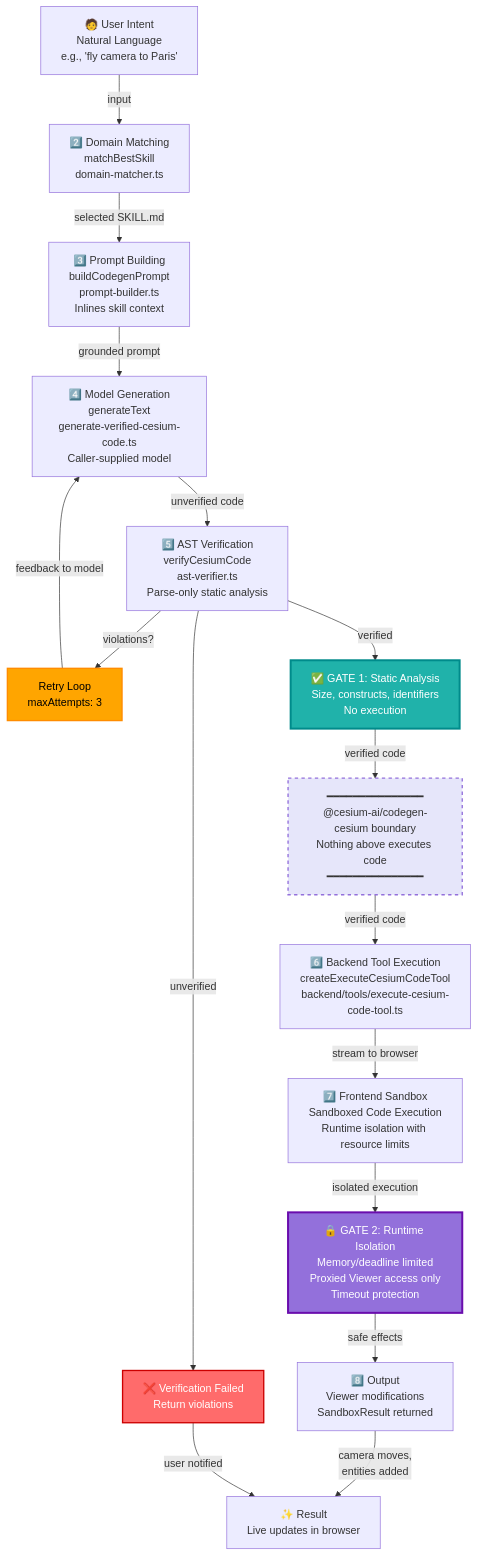
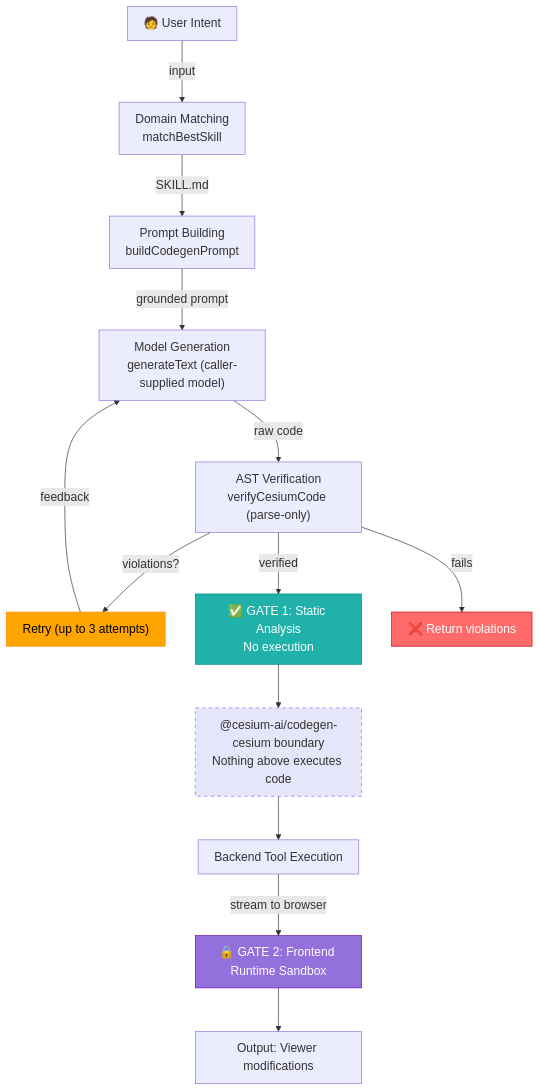
The first of 2 diagrams in packages/codegen-cesium/README.md (CesiumGS/cesiumjs-ai-starter-app), drawn with Mermaid before and after one commit. The commit also changed other lines of this file and 69 other files, not shown here.

First line of the commit message:
Add initial Github Pages. CesiumJs Viewer tools, codegen tutorials (#7)

````diff
--- a/packages/codegen-cesium/README.md
+++ b/packages/codegen-cesium/README.md
@@ -30,36 +9,22 @@
 ```mermaid
+%%{init: {"themeVariables": {"fontSize": "18px"}, "flowchart": {"nodeSpacing": 45, "rankSpacing": 65, "padding": 12}}}%%
 graph TD
-    A["🧑 User Intent<br/>Natural Language<br/>e.g., 'fly camera to Paris'"] -->|input| B["2️⃣ Domain Matching<br/>matchBestSkill<br/>domain-matcher.ts"]
+    A["🧑 User Intent"] -->|input| B["Domain Matching<br/>matchBestSkill"]
+    B -->|SKILL.md| C["Prompt Building<br/>buildCodegenPrompt"]
+    C -->|grounded prompt| D["Model Generation<br/>generateText (caller-supplied model)"]
+    D -->|raw code| E["AST Verification<br/>verifyCesiumCode (parse-only)"]
+    E -->|violations?| E_retry["Retry (up to 3 attempts)"]
+    E_retry -->|feedback| D
+    E -->|verified| F["✅ GATE 1: Static Analysis<br/>No execution"]
+    F --> BOUNDARY["@cesium-ai/codegen-cesium boundary<br/>Nothing above executes code"]
+    BOUNDARY --> G["Backend Tool Execution"]
+    G -->|stream to browser| H["🔒 GATE 2: Frontend Runtime Sandbox"]
+    H --> I["Output: Viewer modifications"]
+    E -->|fails| REJECT["❌ Return violations"]
 
-    B -->|selected SKILL.md| C["3️⃣ Prompt Building<br/>buildCodegenPrompt<br/>prompt-builder.ts<br/>Inlines skill context"]
-
-    C -->|grounded prompt| D["4️⃣ Model Generation<br/>generateText<br/>generate-verified-cesium-code.ts<br/>Caller-supplied model"]
-
-    D -->|unverified code| E["5️⃣ AST Verification<br/>verifyCesiumCode<br/>ast-verifier.ts<br/>Parse-only static analysis"]
-
-    E -->|violations?| E_retry["Retry Loop<br/>maxAttempts: 3"]
-    E_retry -->|feedback to model| D
-
-    E -->|verified| F["✅ GATE 1: Static Analysis<br/>Size, constructs, identifiers<br/>No execution"]
-
-    F -->|verified code| BOUNDARY["━━━━━━━━━━━━━━━<br/>@cesium-ai/codegen-cesium boundary<br/>Nothing above executes code<br/>━━━━━━━━━━━━━━━"]
-
-    BOUNDARY -->|verified code| G["6️⃣ Backend Tool Execution<br/>createExecuteCesiumCodeTool<br/>backend/tools/execute-cesium-code-tool.ts"]
-
-    G -->|stream to browser| H["7️⃣ Frontend Sandbox<br/>Sandboxed Code Execution<br/>Runtime isolation with resource limits"]
-
-    H -->|isolated execution| I["🔒 GATE 2: Runtime Isolation<br/>Memory/deadline limited<br/>Proxied Viewer access only<br/>Timeout protection"]
-
-    I -->|safe effects| J["8️⃣ Output<br/>Viewer modifications<br/>SandboxResult returned"]
-
-    J -->|camera moves,<br/>entities added| K["✨ Result<br/>Live updates in browser"]
-
-    E -->|unverified| REJECT["❌ Verification Failed<br/>Return violations"]
-    REJECT -->|user notified| K
-
-    style F fill:#20B2AA,stroke:#008B8B,stroke-width:3px,color:#fff
-    style I fill:#9370DB,stroke:#6A0DAD,stroke-width:3px,color:#fff
-    style BOUNDARY fill:#E6E6FA,stroke:#9370DB,stroke-width:2px,stroke-dasharray: 5 5
-    style E_retry fill:#FFA500,stroke:#FF8C00,stroke-width:2px,color:#000
-    style REJECT fill:#FF6B6B,stroke:#CC0000,stroke-width:2px,color:#fff
+    style F fill:#20B2AA,stroke:#008B8B,color:#fff
+    style H fill:#9370DB,stroke:#6A0DAD,color:#fff
+    style BOUNDARY fill:#E6E6FA,stroke:#9370DB,stroke-dasharray: 5 5
+    style E_retry fill:#FFA500,stroke:#FF8C00,color:#000
+    style REJECT fill:#FF6B6B,stroke:#CC0000,color:#fff
 ```
````
